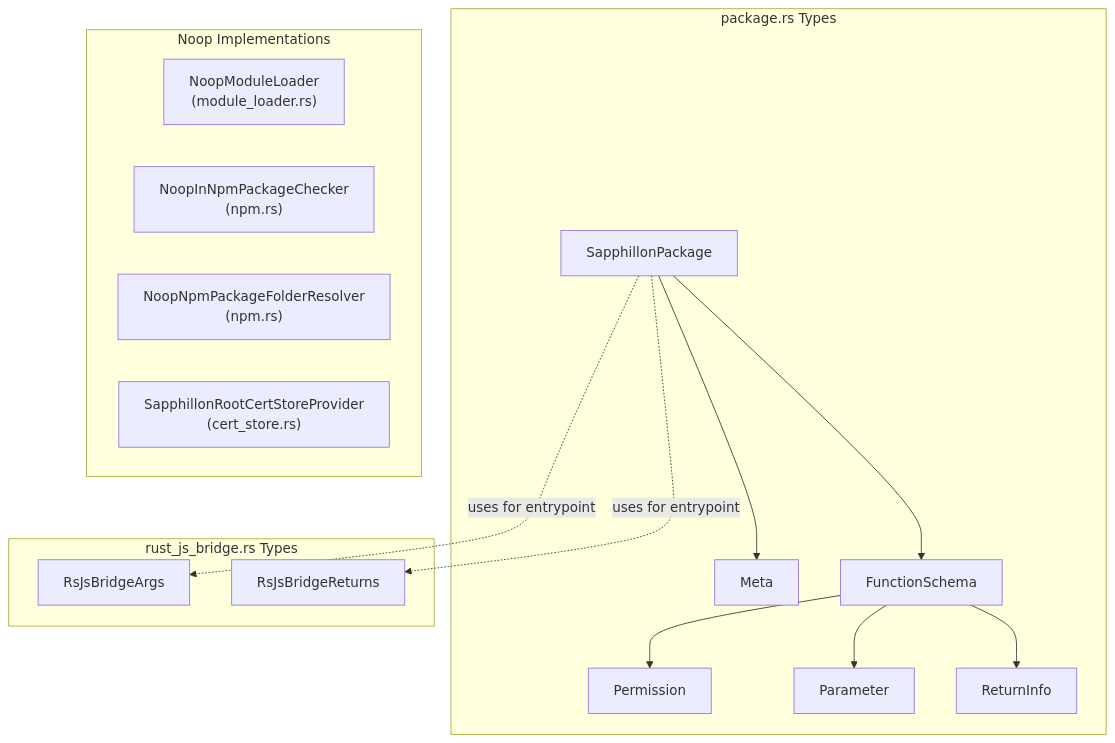
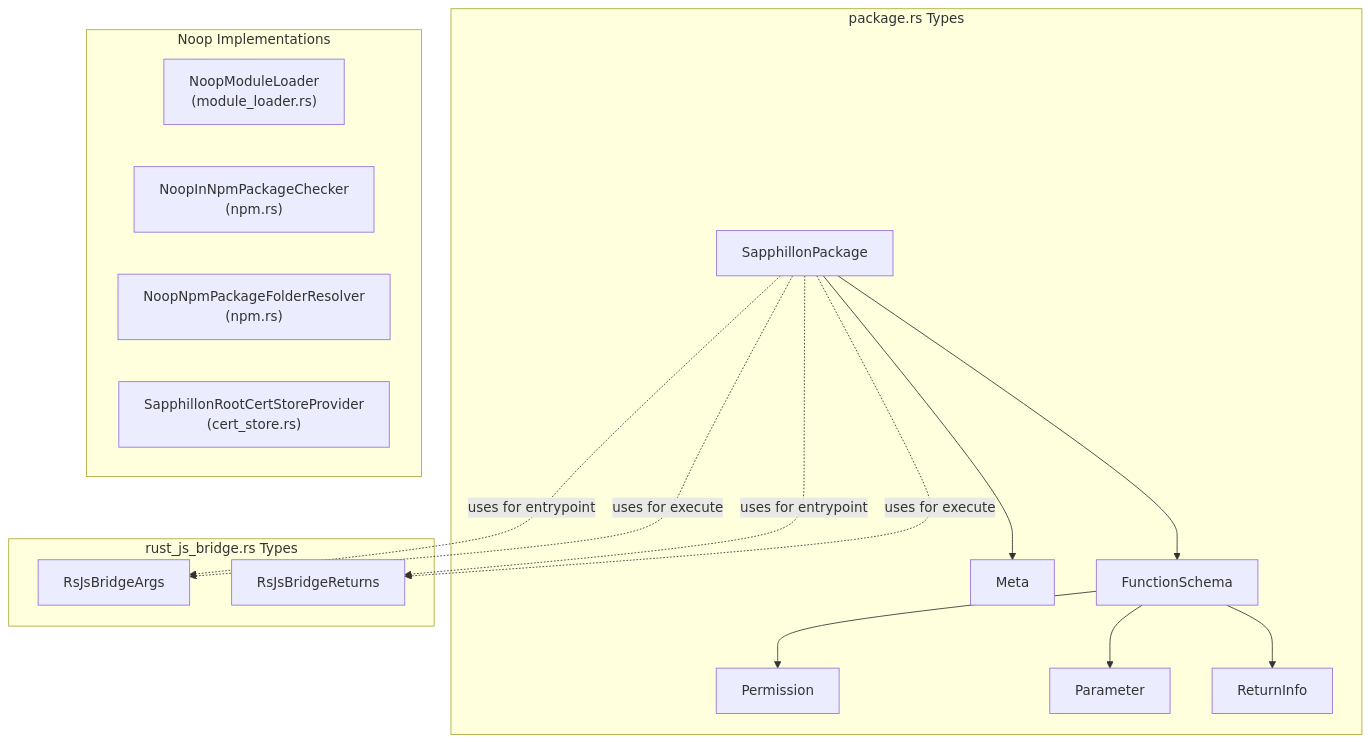
Diagram 12 of 13 in ext_plugin_call_stack.md (Sapphillon/Sapphillon-Core), drawn with Mermaid before and after one commit. The commit also changed other lines of this file, not shown here.

Commit message:
feat: enhance documentation for SapphillonPackage::execute function and its call stack

````diff
--- a/ext_plugin_call_stack.md
+++ b/ext_plugin_call_stack.md
@@ -407,32 +467,34 @@
 ```mermaid
 graph TD
     subgraph "package.rs Types"
         SapphillonPackage["SapphillonPackage"]
         Meta["Meta"]
         FunctionSchema["FunctionSchema"]
         Permission["Permission"]
         Parameter["Parameter"]
         ReturnInfo["ReturnInfo"]
     end
 
     subgraph "rust_js_bridge.rs Types"
         RsJsBridgeArgs["RsJsBridgeArgs"]
         RsJsBridgeReturns["RsJsBridgeReturns"]
     end
 
     subgraph "Noop Implementations"
         NoopModuleLoader["NoopModuleLoader\n(module_loader.rs)"]
         NoopInNpmPackageChecker["NoopInNpmPackageChecker\n(npm.rs)"]
         NoopNpmPackageFolderResolver["NoopNpmPackageFolderResolver\n(npm.rs)"]
         SapphillonRootCertStoreProvider["SapphillonRootCertStoreProvider\n(cert_store.rs)"]
     end
 
     SapphillonPackage --> Meta
     SapphillonPackage --> FunctionSchema
     FunctionSchema --> Permission
     FunctionSchema --> Parameter
     FunctionSchema --> ReturnInfo
 
     SapphillonPackage -.->|"uses for entrypoint"| RsJsBridgeArgs
     SapphillonPackage -.->|"uses for entrypoint"| RsJsBridgeReturns
+    SapphillonPackage -.->|"uses for execute"| RsJsBridgeArgs
+    SapphillonPackage -.->|"uses for execute"| RsJsBridgeReturns
 ```
````
